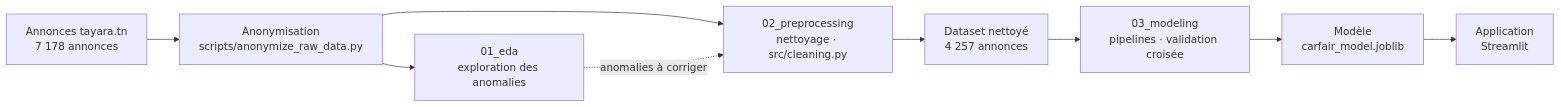
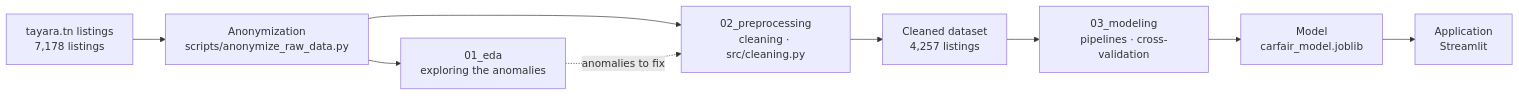
One commit to abdelhedy/CarFair-TN changed the diagram in README.md. Above: the diagram before and after it, drawn with Mermaid. The commit also changed other lines of this file and 1 other file, not shown here.

````diff
--- a/README.md
+++ b/README.md
@@ -75,11 +76,11 @@
 ```mermaid
 flowchart LR
-    A["Annonces tayara.tn<br/>7 178 annonces"] --> B["Anonymisation<br/>scripts/anonymize_raw_data.py"]
-    B --> C["01_eda<br/>exploration des anomalies"]
-    B --> D["02_preprocessing<br/>nettoyage · src/cleaning.py"]
-    C -.->|anomalies à corriger| D
-    D --> E["Dataset nettoyé<br/>4 257 annonces"]
-    E --> F["03_modeling<br/>pipelines · validation croisée"]
-    F --> G["Modèle<br/>carfair_model.joblib"]
+    A["tayara.tn listings<br/>7,178 listings"] --> B["Anonymization<br/>scripts/anonymize_raw_data.py"]
+    B --> C["01_eda<br/>exploring the anomalies"]
+    B --> D["02_preprocessing<br/>cleaning · src/cleaning.py"]
+    C -.->|anomalies to fix| D
+    D --> E["Cleaned dataset<br/>4,257 listings"]
+    E --> F["03_modeling<br/>pipelines · cross-validation"]
+    F --> G["Model<br/>carfair_model.joblib"]
     G --> H["Application<br/>Streamlit"]
 ```
````
